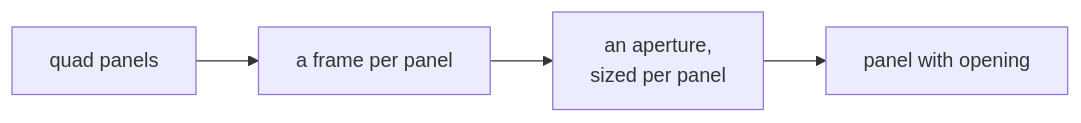
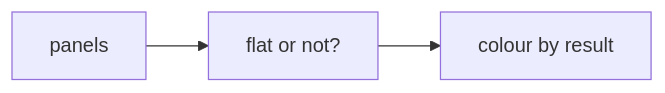
Before and after one commit to rccn-teaching/cdf: the third of 4 diagrams in Lecture/Week_11/goals.md, drawn with Mermaid. The commit also changed other lines of this file and 23 other files, not shown here.

Commit message:
Refactor lecture materials for Weeks 13-15: update README and goals to enhance clarity and structure; adjust session objectives and commands; improve flowcharts and voting processes for better engagement and understanding.

````diff
--- a/Lecture/Week_11/goals.md
+++ b/Lecture/Week_11/goals.md
@@ -31,6 +57,7 @@
 ```mermaid
 flowchart LR
-    Q["quad panels"] --> F["a frame per panel"]
-    F --> A["an aperture,<br/>sized per panel"]
-    A --> P["panel with opening"]
+    I0["panels"]
+    Q1["flat or not?"]
+    C2["colour by result"]
+    I0 --> Q1 --> C2
 ```
````
